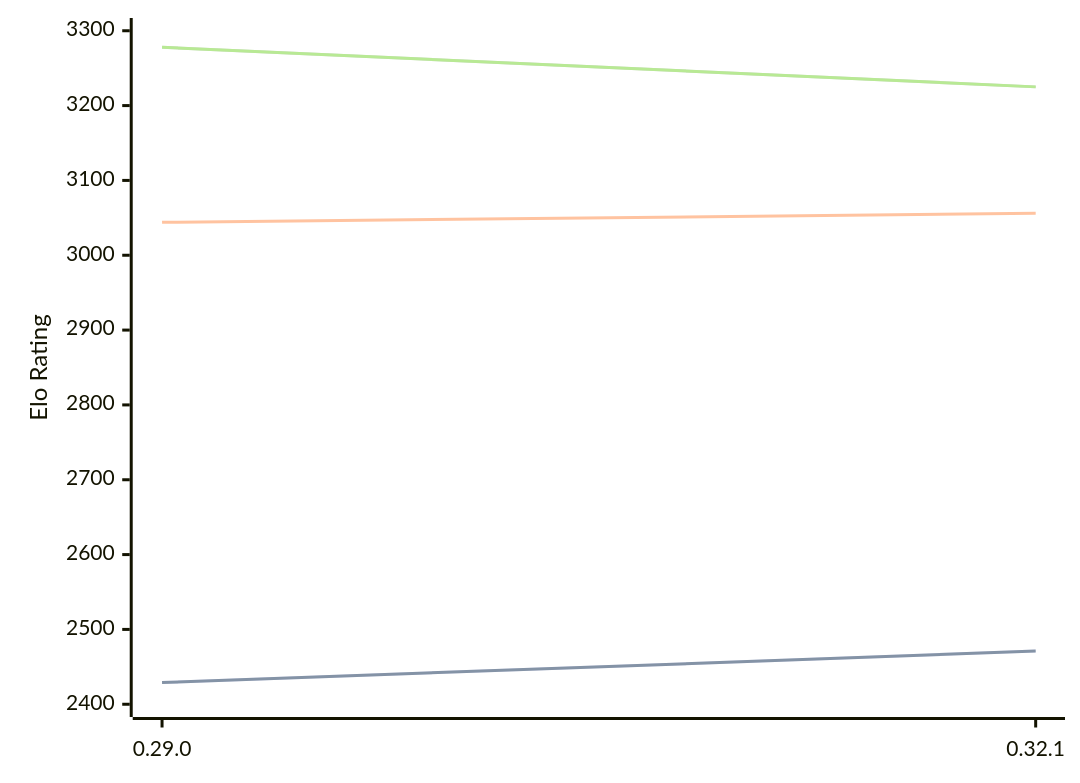
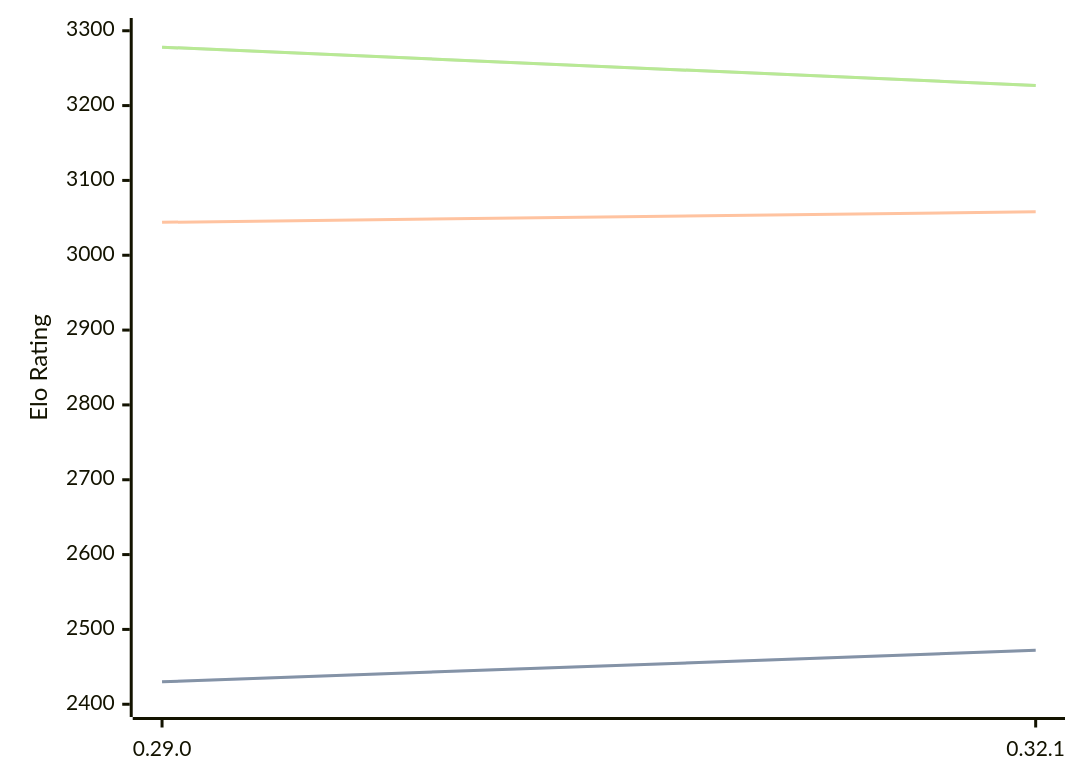
Before and after one commit to computer-chess-index/cci: the diagram in engines/Lc0.md, drawn with Mermaid. The commit also changed other lines of this file, not shown here.

Commit message:
Update CCI Ratings (ELO VLTC) - 2026-05-14

````diff
--- a/engines/Lc0.md
+++ b/engines/Lc0.md
@@ -68,11 +68,11 @@
 ```mermaid
 %%{init: {"theme":"base","themeVariables":{"seriesColors:['#a3a3a3','#222221','#faa371']}}}%%
 xychart-beta
   x-axis ["0.29.0", "0.32.1"]
   y-axis "Elo Rating" 2400 --> 3300
-  line "STC (8.0+0.08s)" [2429, 2471]
-  line "STC (8.0+0.08s)" [2429, 2471]
-  line "LTC (60.0+0.60s)" [3044, 3056]
-  line "VLTC (2m24s+1.12s)" [3278, 3225]
-  line "VLTC (2m24s+1.12s)" [3278, 3225]
+  line "STC (8.0+0.08s)" [2430, 2472]
+  line "STC (8.0+0.08s)" [2430, 2472]
+  line "LTC (60.0+0.60s)" [3044, 3058]
+  line "VLTC (2m24s+1.12s)" [3278, 3227]
+  line "VLTC (2m24s+1.12s)" [3278, 3227]
 ```
````
